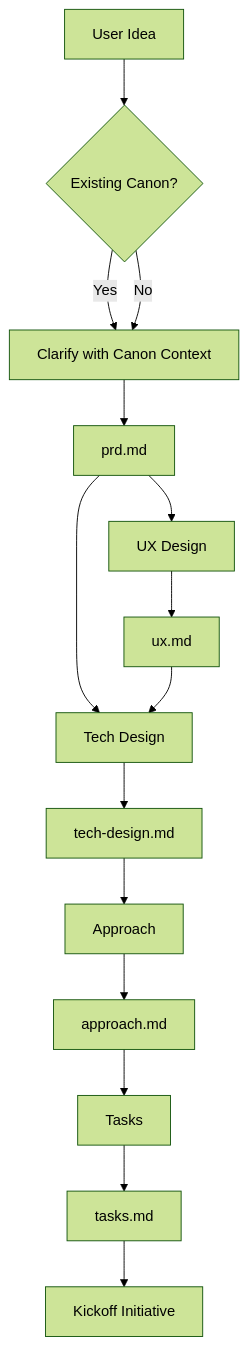
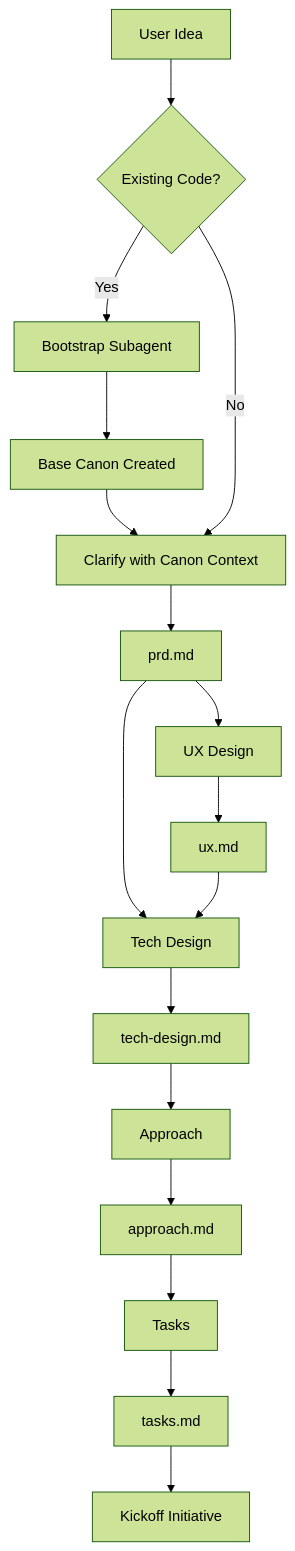
The diagram in scripts/chorus/emergence/EMERGENCE.md (JacobSampson/cicadas), drawn with Mermaid (forest theme) before and after one commit. The commit also changed other lines of this file and 4 other files, not shown here.

First line of the commit message:
docs(chorus): formalize Bootstrap subagent and refine HOW-TO workflow

````diff
--- a/scripts/chorus/emergence/EMERGENCE.md
+++ b/scripts/chorus/emergence/EMERGENCE.md
@@ -53,17 +54,19 @@
 ```mermaid
 graph TD
-    User[User Idea] --> Canon{Existing Canon?}
-    Canon -->|Yes| Clarify[Clarify with Canon Context]
+    User[User Idea] --> Canon{Existing Code?}
+    Canon -->|Yes| Bootstrap[Bootstrap Subagent]
+    Bootstrap --> Canonized[Base Canon Created]
+    Canonized --> Clarify[Clarify with Canon Context]
     Canon -->|No| Clarify
     Clarify --> PRD[prd.md]
     PRD --> UX[UX Design]
     UX --> UXD[ux.md]
     PRD --> Tech[Tech Design]
     UXD --> Tech
     Tech --> TD[tech-design.md]
     TD --> Approach
     Approach --> APP[approach.md]
     APP --> Tasks
     Tasks --> T[tasks.md]
     T --> Kickoff[Kickoff Initiative]
 ```
````
